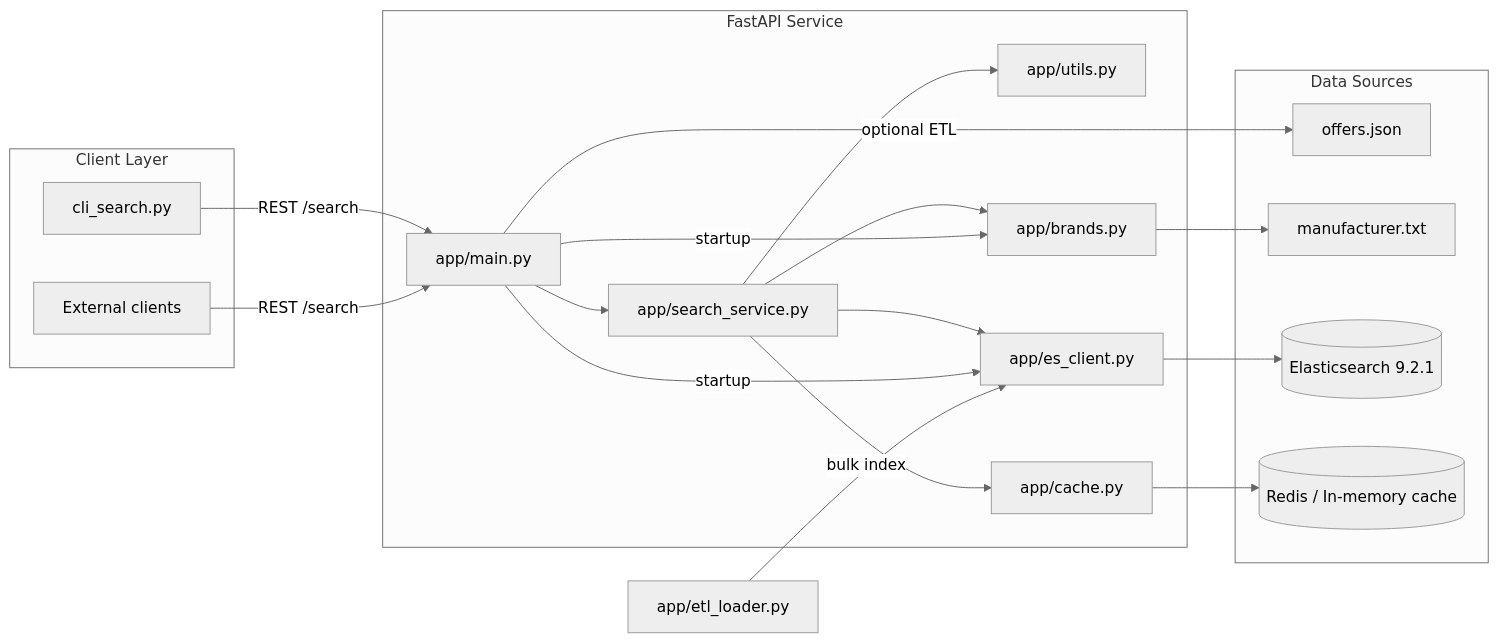
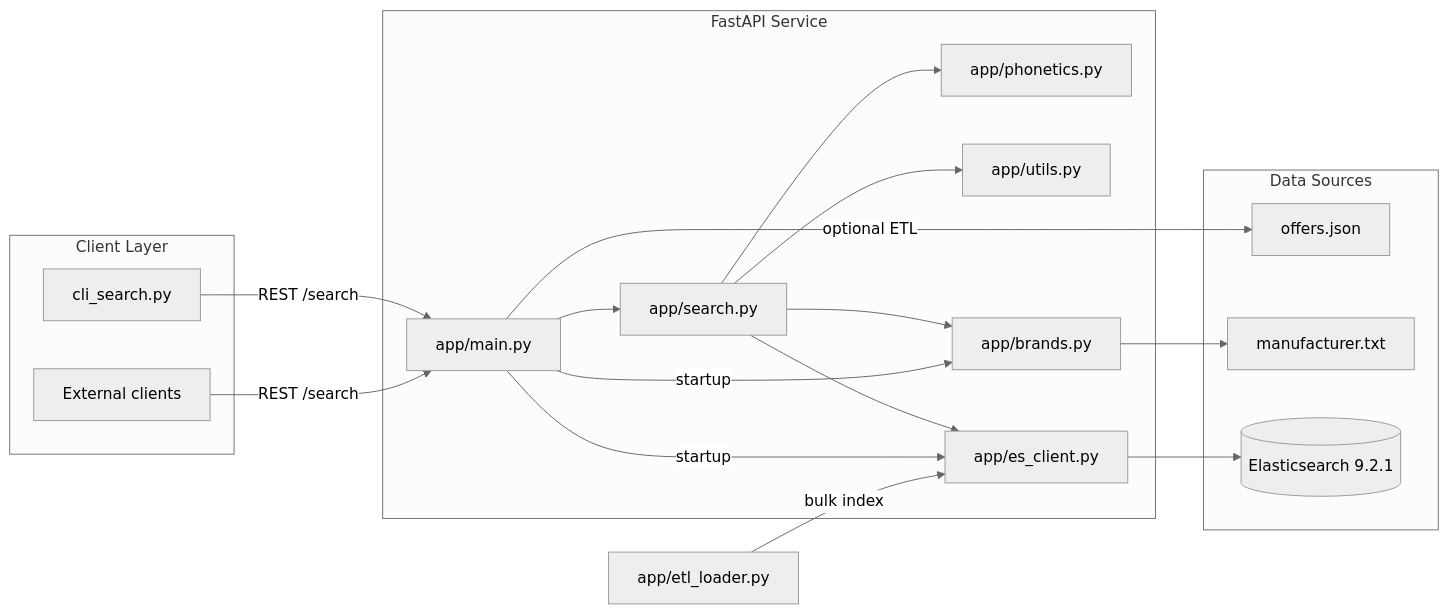
The first of 2 diagrams in ARCHITECTURE.md (Red0Core/SearchSystem), drawn with Mermaid (neutral theme) before and after one commit. The commit also changed other lines of this file and 7 other files, not shown here.

Commit message:
Streamline search pipeline and phonetics

````diff
--- a/ARCHITECTURE.md
+++ b/ARCHITECTURE.md
@@ -9,38 +9,36 @@
 ```mermaid
 flowchart LR
     subgraph Client Layer
         CLI[cli_search.py]
         HTTP[External clients]
     end
 
     subgraph FastAPI Service
         MAIN[app/main.py]
-        SEARCH[app/search_service.py]
+        SEARCH[app/search.py]
+        PHONETICS[app/phonetics.py]
         UTILS[app/utils.py]
         BRANDS[app/brands.py]
-        CACHE[app/cache.py]
         ESCLIENT[app/es_client.py]
     end
 
     subgraph Data Sources
         OFFERS[offers.json]
         MANUF[manufacturer.txt]
         ES[(Elasticsearch 9.2.1)]
-        REDIS[(Redis / In-memory cache)]
     end
 
     CLI -->|REST /search| MAIN
     HTTP -->|REST /search| MAIN
     MAIN --> SEARCH
-    SEARCH --> CACHE
+    SEARCH --> PHONETICS
     SEARCH --> ESCLIENT
     SEARCH --> BRANDS
     SEARCH --> UTILS
     ESCLIENT --> ES
-    CACHE --> REDIS
     MAIN -->|startup| BRANDS
     MAIN -->|startup| ESCLIENT
     MAIN -->|optional ETL| OFFERS
     BRANDS --> MANUF
     ETL[app/etl_loader.py] -->|bulk index| ESCLIENT
 ```
````
